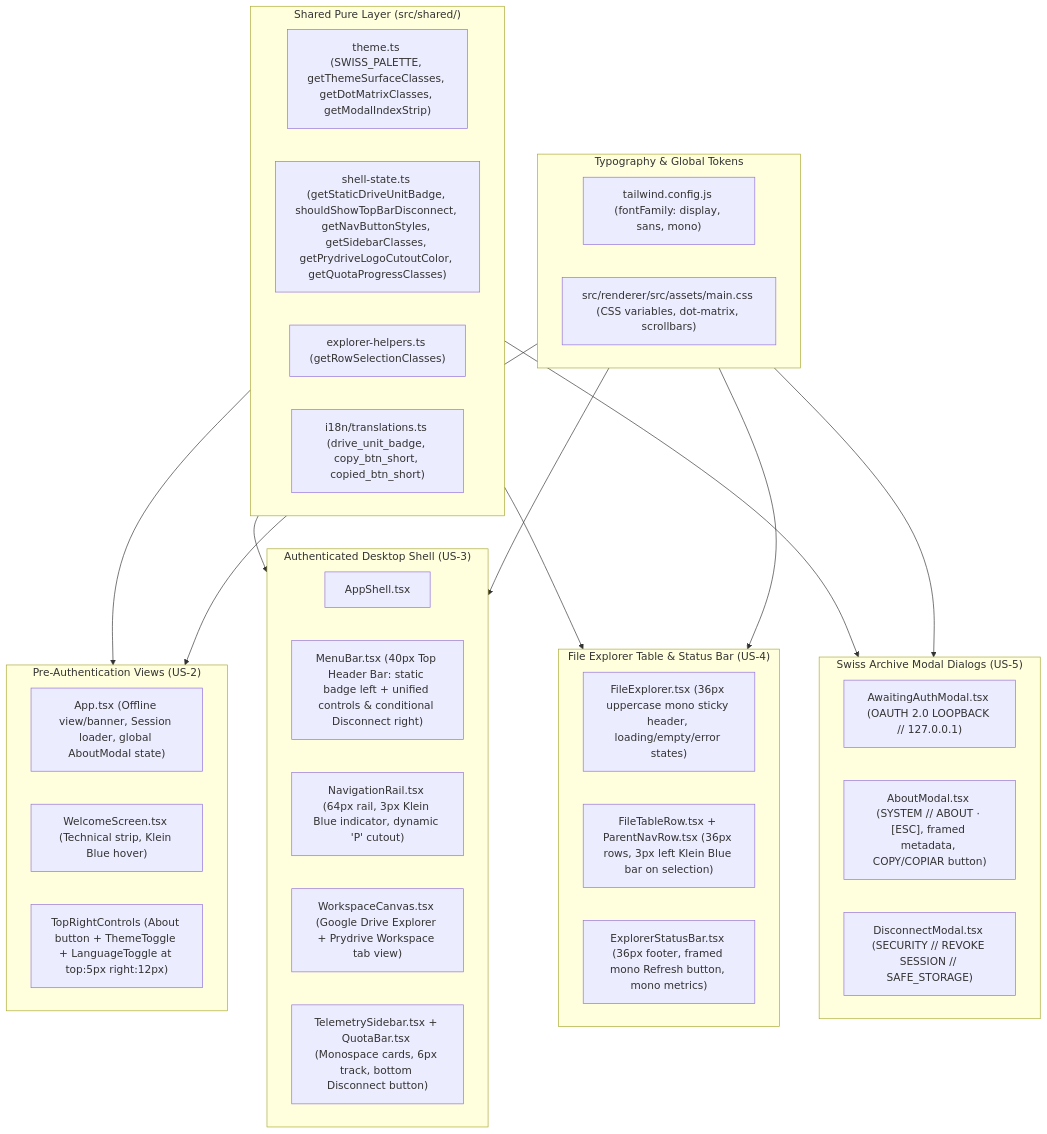
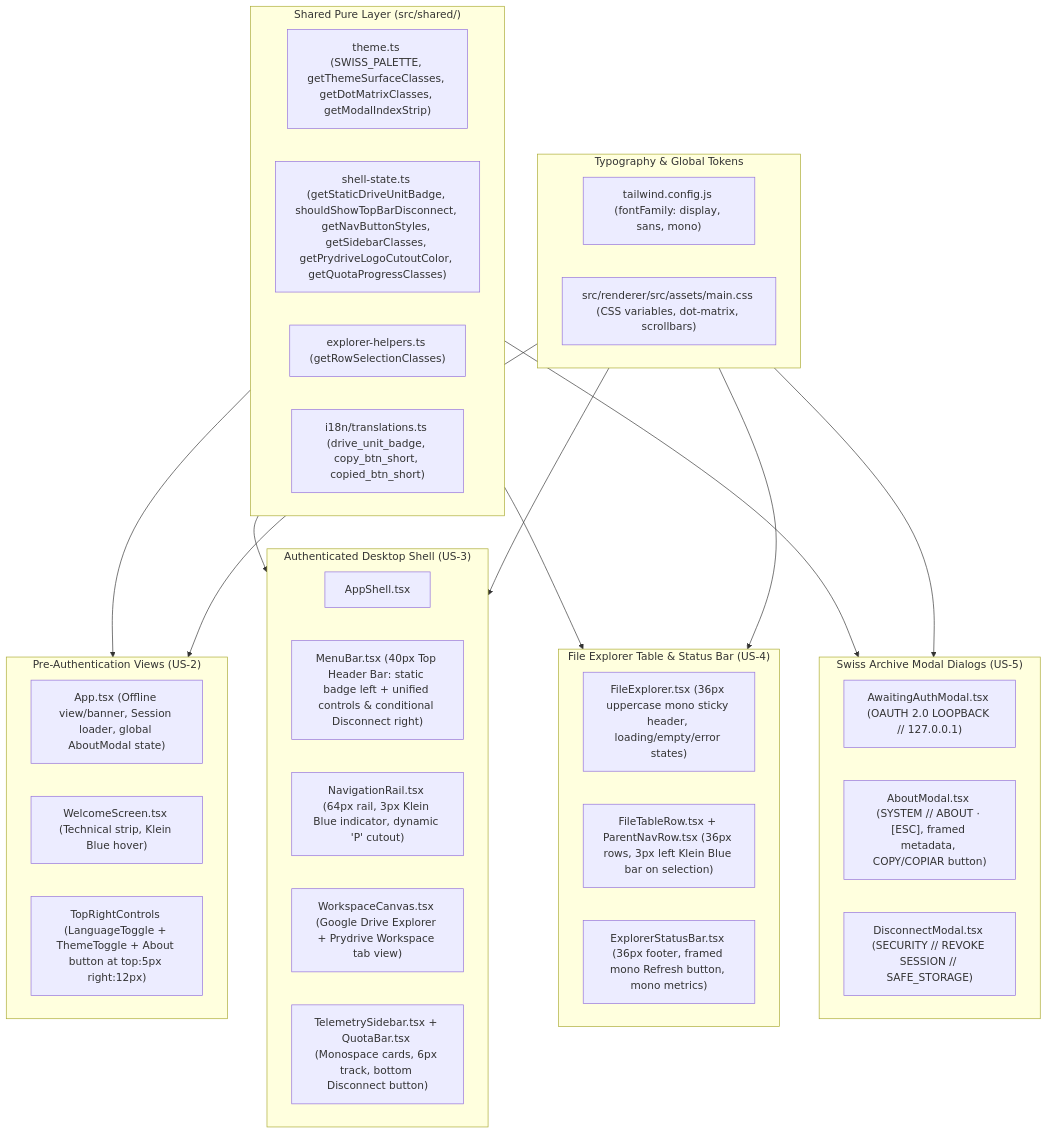
One commit to sebix7/Prydrive changed the diagram in specs/006-swiss-archive-ui/plan.md. Above: the diagram before and after it, drawn with Mermaid. The commit also changed other lines of this file and 8 other files, not shown here.

First line of the commit message:
refactor(shell): reorder top-right utility cluster controls

````diff
--- a/specs/006-swiss-archive-ui/plan.md
+++ b/specs/006-swiss-archive-ui/plan.md
@@ -10,49 +10,49 @@
 ```mermaid
 flowchart TD
     subgraph SharedLayer ["Shared Pure Layer (src/shared/)"]
         Theme["theme.ts (SWISS_PALETTE, getThemeSurfaceClasses, getDotMatrixClasses, getModalIndexStrip)"]
         ShellState["shell-state.ts (getStaticDriveUnitBadge, shouldShowTopBarDisconnect, getNavButtonStyles, getSidebarClasses, getPrydriveLogoCutoutColor, getQuotaProgressClasses)"]
         ExplorerHelpers["explorer-helpers.ts (getRowSelectionClasses)"]
         I18n["i18n/translations.ts (drive_unit_badge, copy_btn_short, copied_btn_short)"]
     end
 
     subgraph ConfigCSS ["Typography & Global Tokens"]
         Tailwind["tailwind.config.js (fontFamily: display, sans, mono)"]
         MainCSS["src/renderer/src/assets/main.css (CSS variables, dot-matrix, scrollbars)"]
     end
 
     subgraph PreAuthUI ["Pre-Authentication Views (US-2)"]
         AppRoot["App.tsx (Offline view/banner, Session loader, global AboutModal state)"]
         Welcome["WelcomeScreen.tsx (Technical strip, Klein Blue hover)"]
-        Controls["TopRightControls (About button + ThemeToggle + LanguageToggle at top:5px right:12px)"]
+        Controls["TopRightControls (LanguageToggle + ThemeToggle + About button at top:5px right:12px)"]
     end
 
     subgraph ShellUI ["Authenticated Desktop Shell (US-3)"]
         AppShell["AppShell.tsx"]
         TopHeader["MenuBar.tsx (40px Top Header Bar: static badge left + unified controls & conditional Disconnect right)"]
         NavRail["NavigationRail.tsx (64px rail, 3px Klein Blue indicator, dynamic 'P' cutout)"]
         Workspace["WorkspaceCanvas.tsx (Google Drive Explorer + Prydrive Workspace tab view)"]
         Sidebar["TelemetrySidebar.tsx + QuotaBar.tsx (Monospace cards, 6px track, bottom Disconnect button)"]
     end
 
     subgraph ExplorerUI ["File Explorer Table & Status Bar (US-4)"]
         FileExp["FileExplorer.tsx (36px uppercase mono sticky header, loading/empty/error states)"]
         Row["FileTableRow.tsx + ParentNavRow.tsx (36px rows, 3px left Klein Blue bar on selection)"]
         StatusBar["ExplorerStatusBar.tsx (36px footer, framed mono Refresh button, mono metrics)"]
     end
 
     subgraph ModalsUI ["Swiss Archive Modal Dialogs (US-5)"]
         AwaitModal["AwaitingAuthModal.tsx (OAUTH 2.0 LOOPBACK // 127.0.0.1)"]
         AboutModal["AboutModal.tsx (SYSTEM // ABOUT · [ESC], framed metadata, COPY/COPIAR button)"]
         DiscModal["DisconnectModal.tsx (SECURITY // REVOKE SESSION // SAFE_STORAGE)"]
     end
 
     SharedLayer --> PreAuthUI
     SharedLayer --> ShellUI
     SharedLayer --> ExplorerUI
     SharedLayer --> ModalsUI
     ConfigCSS --> PreAuthUI
     ConfigCSS --> ShellUI
     ConfigCSS --> ExplorerUI
     ConfigCSS --> ModalsUI
 ```
````
